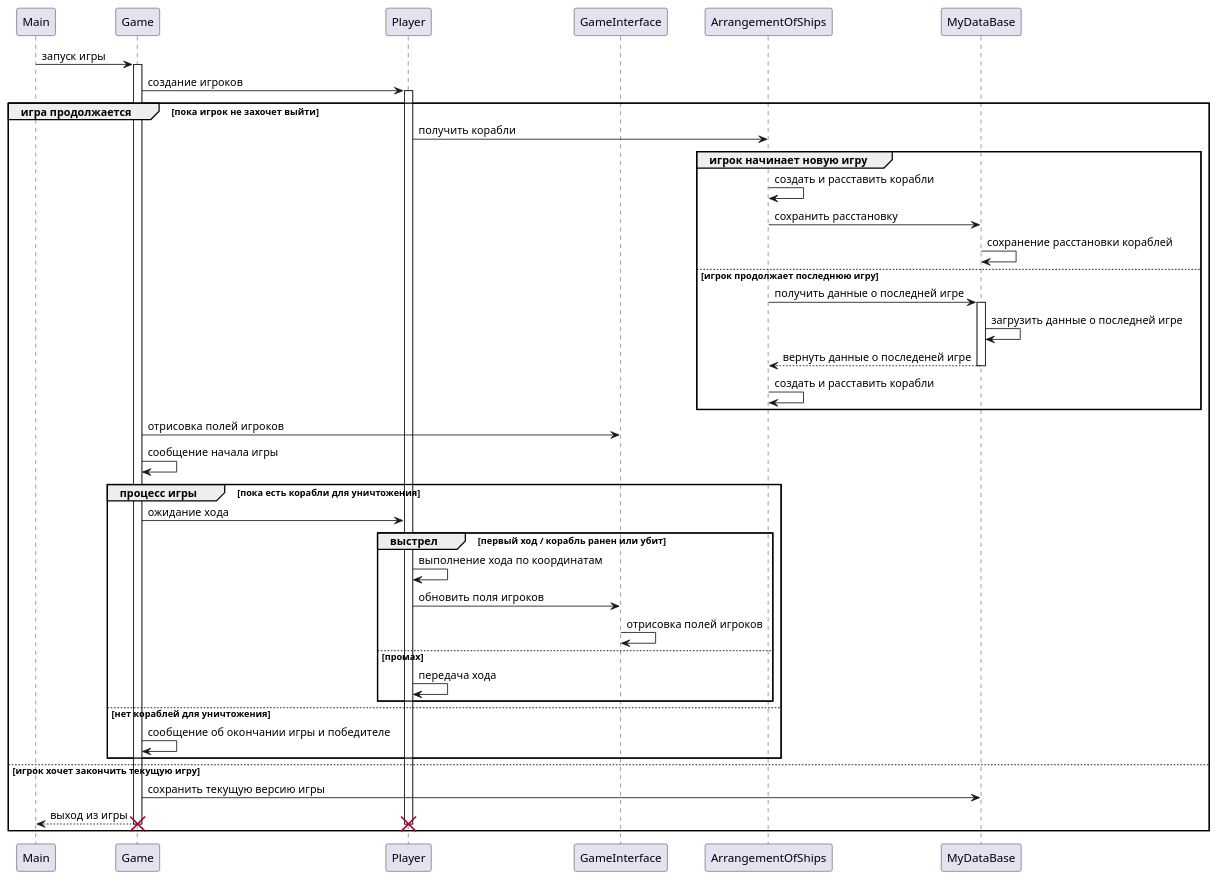
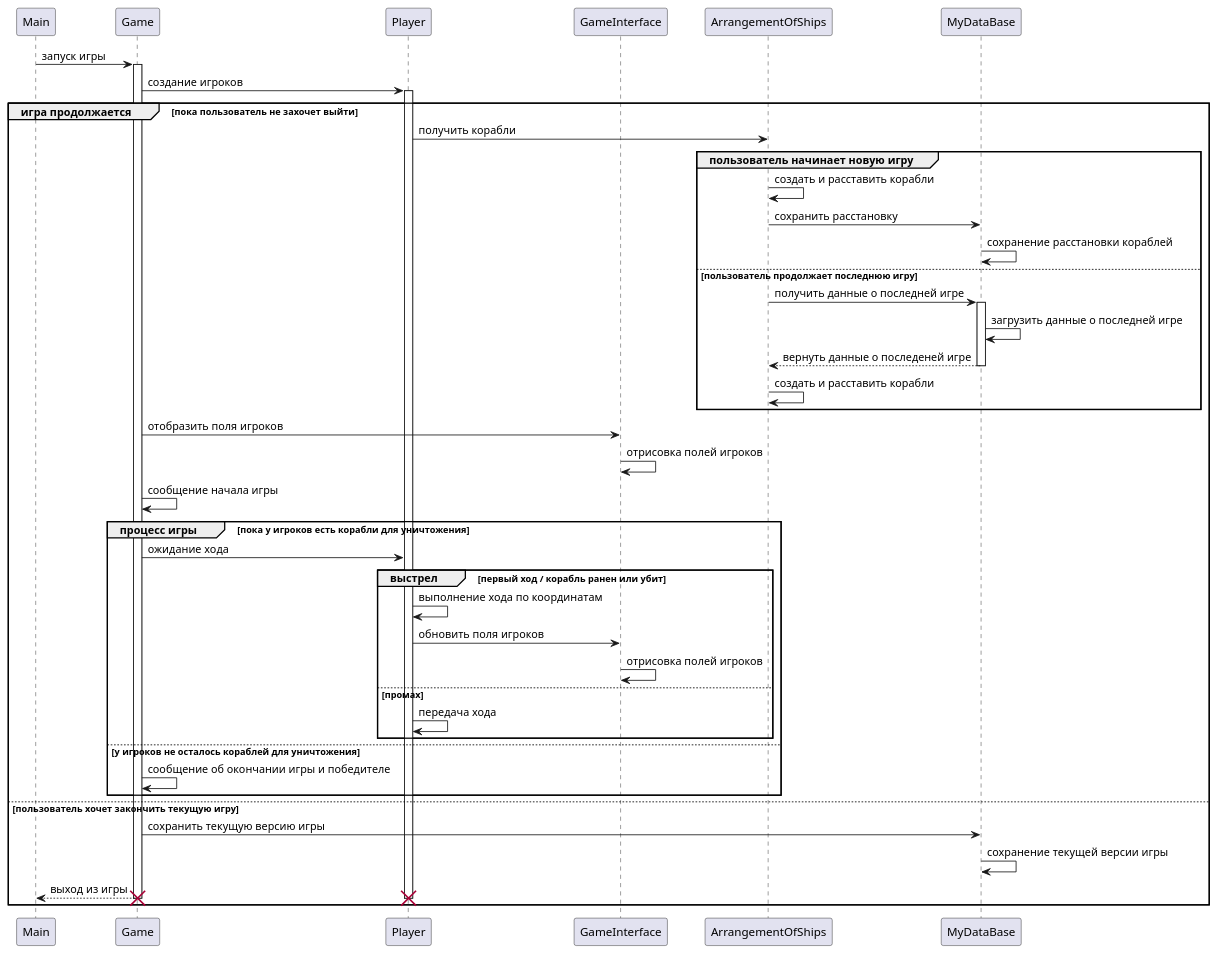
The diagram in Дерево функций, правила, UML/sequenceDiagram.puml (Shibenkova-Polina/SeaBattle), drawn with PlantUML before and after one commit. The commit also changed 2 other files, not shown here.

Commit message:
change sequence Diagram

```diff
--- a/Дерево функций, правила, UML/sequenceDiagram.puml
+++ b/Дерево функций, правила, UML/sequenceDiagram.puml
@@ -1,52 +1,54 @@
 @startuml
 
 participant Main
 participant Game
 participant Player
 participant GameInterface
 participant ArrangementOfShips
 participant MyDataBase
 
 Main -> Game : запуск игры
     activate Game
     Game -> Player : создание игроков
     activate Player
-    group игра продолжается [пока игрок не захочет выйти]
+    group игра продолжается [пока пользователь не захочет выйти]
         Player -> ArrangementOfShips : получить корабли
-        group игрок начинает новую игру
+        group пользователь начинает новую игру
             ArrangementOfShips -> ArrangementOfShips : создать и расставить корабли
             ArrangementOfShips -> MyDataBase : сохранить расстановку
             MyDataBase -> MyDataBase : сохранение расстановки кораблей
-        else игрок продолжает последнюю игру
+        else пользователь продолжает последнюю игру
             ArrangementOfShips -> MyDataBase : получить данные о последней игре
             activate MyDataBase
             MyDataBase -> MyDataBase : загрузить данные о последней игре
             MyDataBase --> ArrangementOfShips : вернуть данные о последеней игре
             deactivate MyDataBase
             ArrangementOfShips -> ArrangementOfShips : создать и расставить корабли
         end
 
-        Game -> GameInterface : отрисовка полей игроков
+        Game -> GameInterface : отобразить поля игроков
+        GameInterface -> GameInterface : отрисовка полей игроков
         Game -> Game : сообщение начала игры
 
-        group процесс игры [пока есть корабли для уничтожения]
+        group процесс игры [пока у игроков есть корабли для уничтожения]
             Game -> Player : ожидание хода
             group выстрел [первый ход / корабль ранен или убит]
                 Player -> Player : выполнение хода по координатам
                 Player -> GameInterface : обновить поля игроков
                 GameInterface -> GameInterface : отрисовка полей игроков
             else промах
                 Player -> Player : передача хода
             end
-        else нет кораблей для уничтожения
+        else у игроков не осталось кораблей для уничтожения
             Game -> Game : сообщение об окончании игры и победителе
         end
 
-    else игрок хочет закончить текущую игру
+    else пользователь хочет закончить текущую игру
         Game -> MyDataBase : сохранить текущую версию игры
+        MyDataBase -> MyDataBase : сохранение текущей версии игры
         Game --> Main : выход из игры
         destroy Player
         destroy Game
     end
 
 @enduml
```
